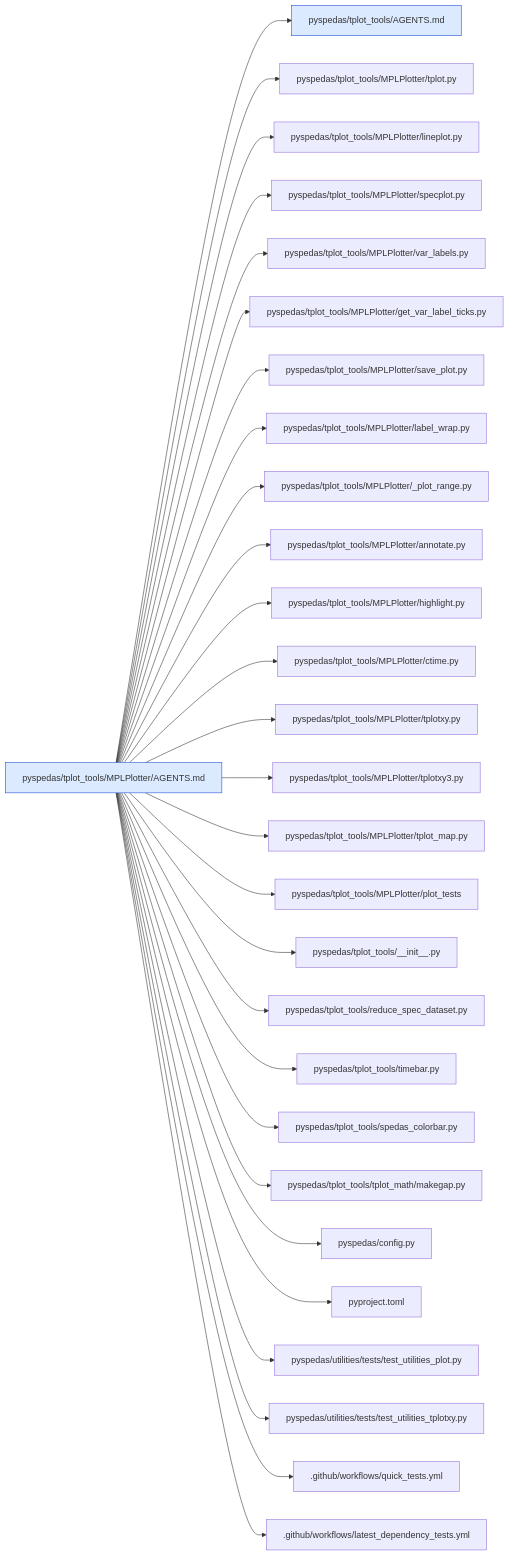
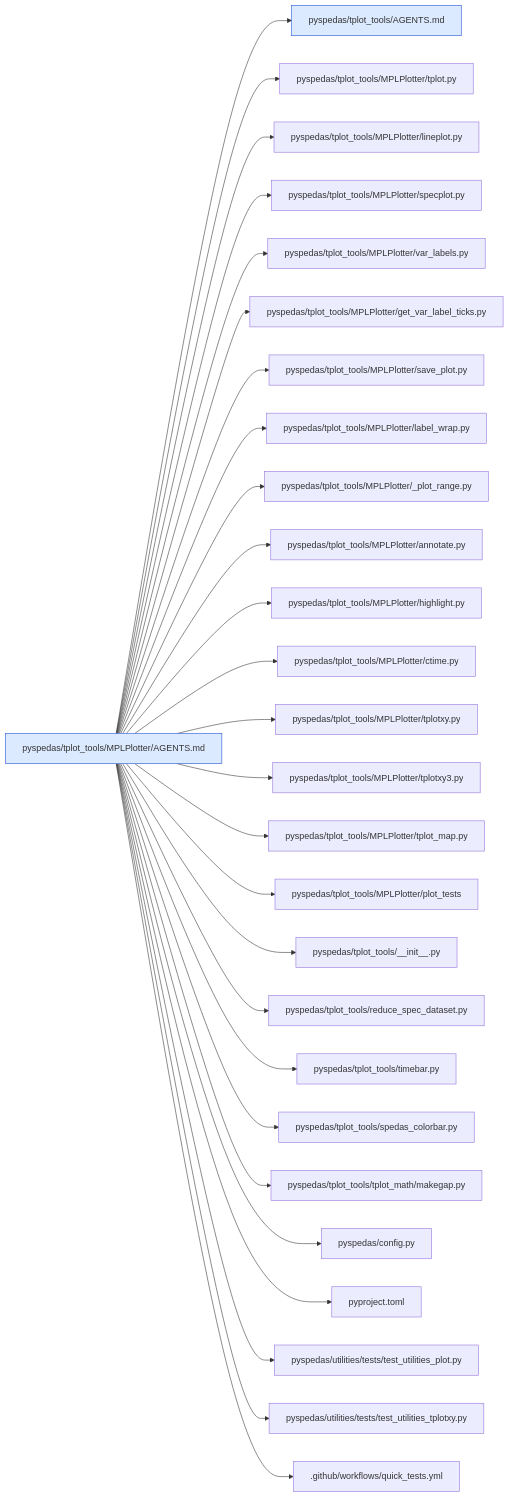
Before and after one commit to spedas/pyspedas: diagram 40 of 43 in .agents/map/MAP.md, drawn with Mermaid. The commit also changed other lines of this file and 21 other files, not shown here.

First line of the commit message:
Unify quick tests with selectable dependency and Python policies (#1546)

````diff
--- a/.agents/map/MAP.md
+++ b/.agents/map/MAP.md
@@ -1461,33 +1455,32 @@
 ```mermaid
 graph LR
   classDef agents fill:#dbeafe,stroke:#1d4ed8
   classDef missing fill:#fee2e2,stroke:#b91c1c,stroke-dasharray:4
   self["pyspedas/tplot_tools/MPLPlotter/AGENTS.md"]:::agents
   self --> r0["pyspedas/tplot_tools/AGENTS.md"]:::agents
   self --> r1["pyspedas/tplot_tools/MPLPlotter/tplot.py"]
   self --> r2["pyspedas/tplot_tools/MPLPlotter/lineplot.py"]
   self --> r3["pyspedas/tplot_tools/MPLPlotter/specplot.py"]
   self --> r4["pyspedas/tplot_tools/MPLPlotter/var_labels.py"]
   self --> r5["pyspedas/tplot_tools/MPLPlotter/get_var_label_ticks.py"]
   self --> r6["pyspedas/tplot_tools/MPLPlotter/save_plot.py"]
   self --> r7["pyspedas/tplot_tools/MPLPlotter/label_wrap.py"]
   self --> r8["pyspedas/tplot_tools/MPLPlotter/_plot_range.py"]
   self --> r9["pyspedas/tplot_tools/MPLPlotter/annotate.py"]
   self --> r10["pyspedas/tplot_tools/MPLPlotter/highlight.py"]
   self --> r11["pyspedas/tplot_tools/MPLPlotter/ctime.py"]
   self --> r12["pyspedas/tplot_tools/MPLPlotter/tplotxy.py"]
   self --> r13["pyspedas/tplot_tools/MPLPlotter/tplotxy3.py"]
   self --> r14["pyspedas/tplot_tools/MPLPlotter/tplot_map.py"]
   self --> r15["pyspedas/tplot_tools/MPLPlotter/plot_tests"]
   self --> r16["pyspedas/tplot_tools/__init__.py"]
   self --> r17["pyspedas/tplot_tools/reduce_spec_dataset.py"]
   self --> r18["pyspedas/tplot_tools/timebar.py"]
   self --> r19["pyspedas/tplot_tools/spedas_colorbar.py"]
   self --> r20["pyspedas/tplot_tools/tplot_math/makegap.py"]
   self --> r21["pyspedas/config.py"]
   self --> r22["pyproject.toml"]
   self --> r23["pyspedas/utilities/tests/test_utilities_plot.py"]
   self --> r24["pyspedas/utilities/tests/test_utilities_tplotxy.py"]
   self --> r25[".github/workflows/quick_tests.yml"]
-  self --> r26[".github/workflows/latest_dependency_tests.yml"]
 ```
````
